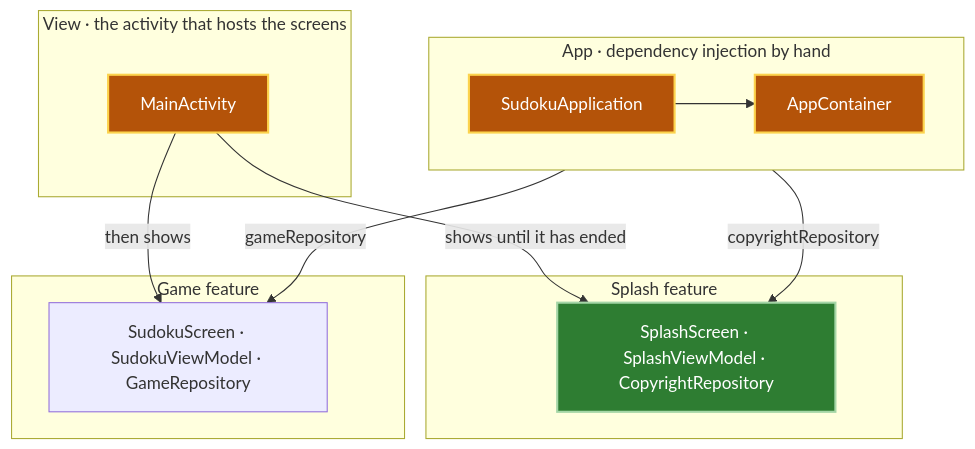
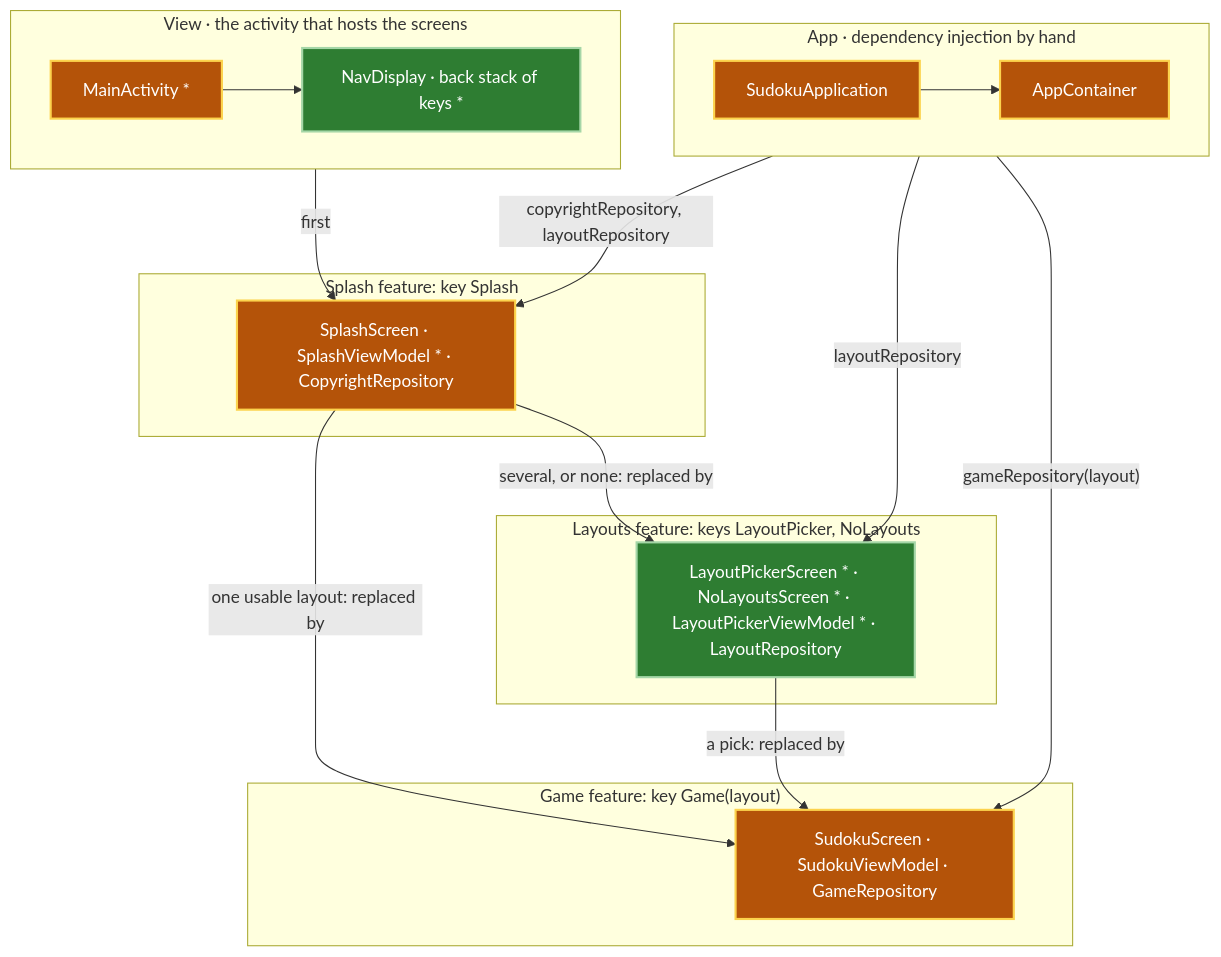
One commit to aivanov61/sudoku-solver changed the first of 6 diagrams in android/docs/architecture.md. Above: the diagram before and after it, drawn with Mermaid. The commit also changed other lines of this file and 13 other files, not shown here.

Commit message:
List the puzzle layouts for the app through a Python Catalog and a LayoutRepository, and start each game on a layout named, with Python started once by AppPython for both

````diff
--- a/android/docs/architecture.md
+++ b/android/docs/architecture.md
@@ -15,29 +16,37 @@
 ```mermaid
 flowchart TB
     subgraph App["App · dependency injection by hand"]
         direction LR
         SudokuApplication --> AppContainer["AppContainer"]
     end
 
     subgraph Host["View · the activity that hosts the screens"]
-        MainActivity
+        direction LR
+        MainActivity["MainActivity *"] --> NavDisplay["NavDisplay · back stack of keys *"]
     end
 
-    subgraph Splash["Splash feature"]
-        SplashFeature["SplashScreen · SplashViewModel · CopyrightRepository"]
+    subgraph Splash["Splash feature: key Splash"]
+        SplashFeature["SplashScreen · SplashViewModel * · CopyrightRepository"]
     end
 
-    subgraph Game["Game feature"]
+    subgraph Layouts["Layouts feature: keys LayoutPicker, NoLayouts"]
+        LayoutsFeature["LayoutPickerScreen * · NoLayoutsScreen * · LayoutPickerViewModel * · LayoutRepository"]
+    end
+
+    subgraph Game["Game feature: key Game(layout)"]
         GameFeature["SudokuScreen · SudokuViewModel · GameRepository"]
     end
 
-    MainActivity -- "shows until it has ended" --> SplashFeature
-    MainActivity -- "then shows" --> GameFeature
-    AppContainer -- "copyrightRepository" --> SplashFeature
-    AppContainer -- "gameRepository" --> GameFeature
+    NavDisplay -- "first" --> SplashFeature
+    SplashFeature -- "one usable layout: replaced by" --> GameFeature
+    SplashFeature -- "several, or none: replaced by" --> LayoutsFeature
+    LayoutsFeature -- "a pick: replaced by" --> GameFeature
+    AppContainer -- "copyrightRepository, layoutRepository" --> SplashFeature
+    AppContainer -- "layoutRepository" --> LayoutsFeature
+    AppContainer -- "gameRepository(layout)" --> GameFeature
 
     classDef new fill:#2e7d32,stroke:#a5d6a7,stroke-width:2px,color:#ffffff
     classDef changed fill:#b45309,stroke:#fcd34d,stroke-width:2px,color:#ffffff
-    class SplashFeature new
-    class SudokuApplication,AppContainer,MainActivity changed
+    class NavDisplay,LayoutsFeature new
+    class SudokuApplication,AppContainer,MainActivity,SplashFeature,GameFeature changed
 ```
````
